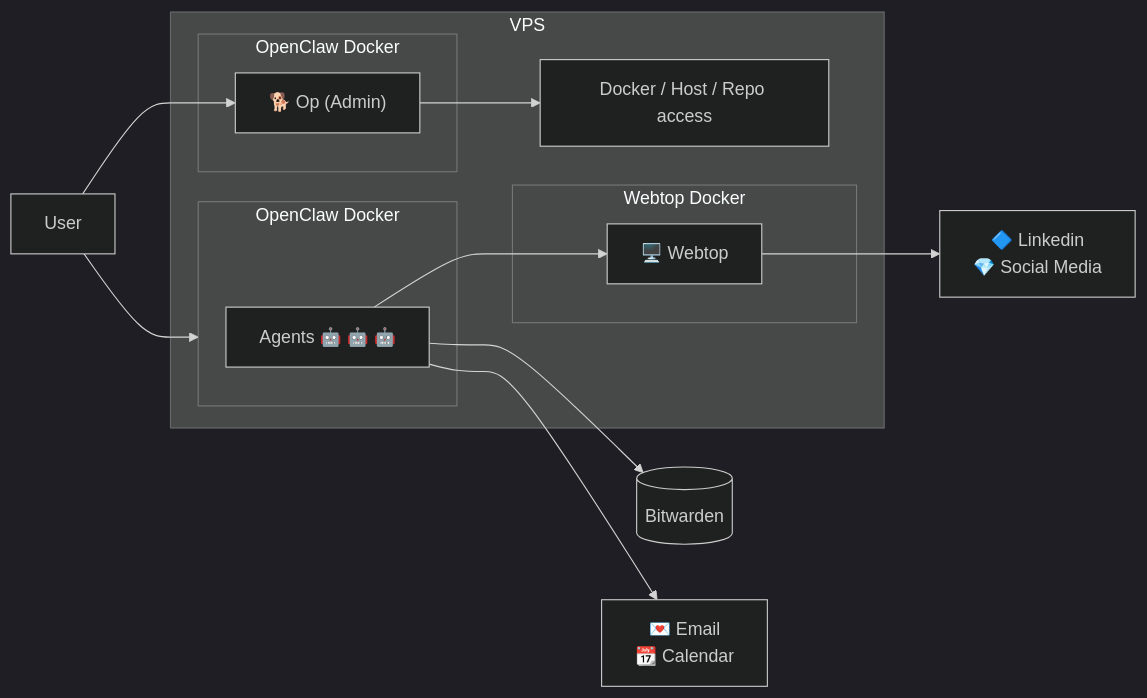
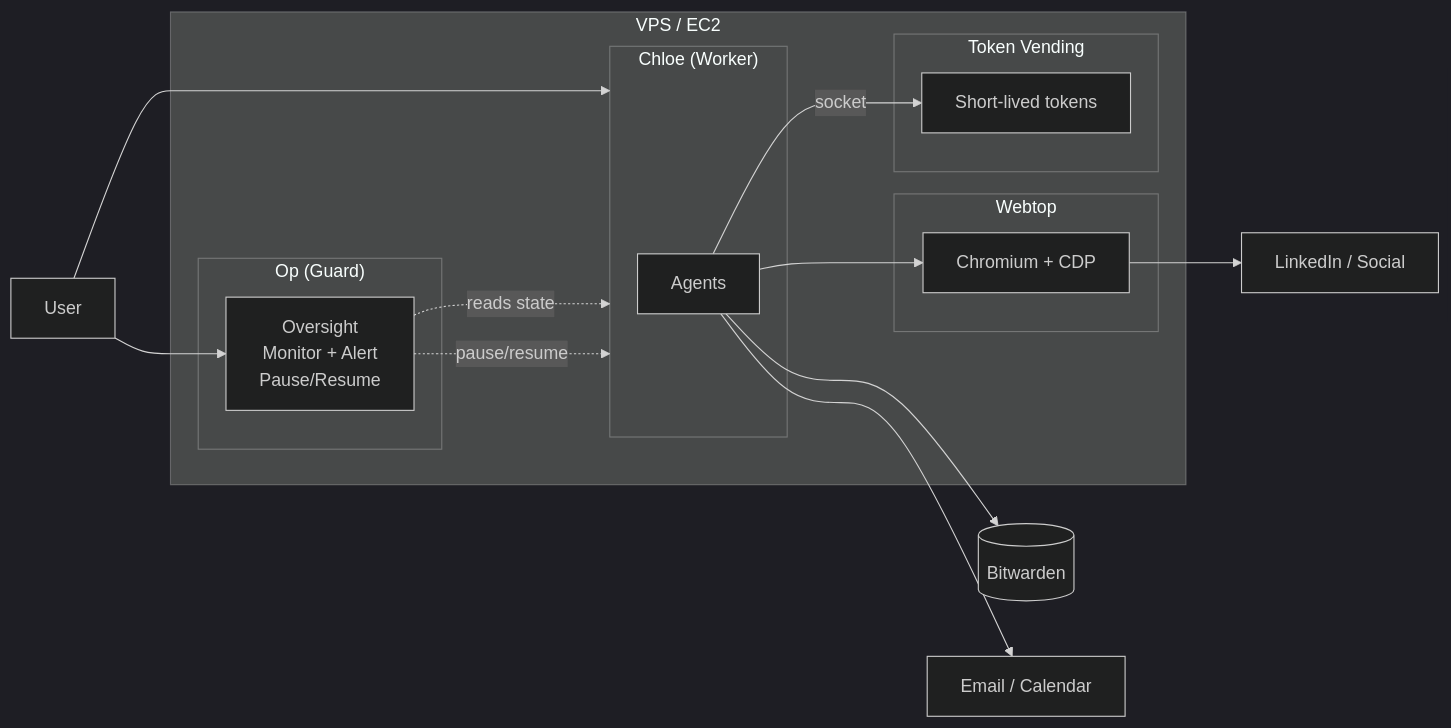
One commit to nickbanqora/op-and-chloe changed the diagram in README.md. Above: the diagram before and after it, drawn with Mermaid (dark theme). The commit also changed other lines of this file, not shown here.

First line of the commit message:
Rewrite README to reflect current architecture

````diff
--- a/README.md
+++ b/README.md
@@ -176,28 +76,30 @@
 ```mermaid
 flowchart LR
   U[User]
   BW[(Bitwarden)]
-  subgraph VPS["VPS"]
- 
-    subgraph Chloe["OpenClaw Docker"]
-      A[Agents 🤖 🤖 🤖]
+  subgraph VPS["VPS / EC2"]
+
+    subgraph Chloe["Chloe (Worker)"]
+      A[Agents]
     end
-    subgraph OPD["OpenClaw Docker"]
-      Op["🐕 Op (Admin)"]
+    subgraph OpD["Op (Guard)"]
+      Op["Oversight\nMonitor + Alert\nPause/Resume"]
     end
-    
-    subgraph Docker[Webtop Docker]
-      B["🖥️  Webtop"]
+    subgraph Browser["Webtop"]
+      B["Chromium + CDP"]
     end
-    D[Docker / Host / Repo access]
+    subgraph TV["Token Vending"]
+      T["Short-lived tokens"]
+    end
   end
 
   U --> Chloe
-  Op --> D
+  U --> Op
+  Op -.->|reads state| Chloe
+  Op -.->|pause/resume| Chloe
   A --> B
   A --> BW
-  A --> E[💌 Email<br />📆 Calendar]
-  U --> Op
-  B --> S[🔷 Linkedin<br /> 💎 Social Media]
-  
+  A -->|socket| T
+  A --> E["Email / Calendar"]
+  B --> S["LinkedIn / Social"]
 ```
````
